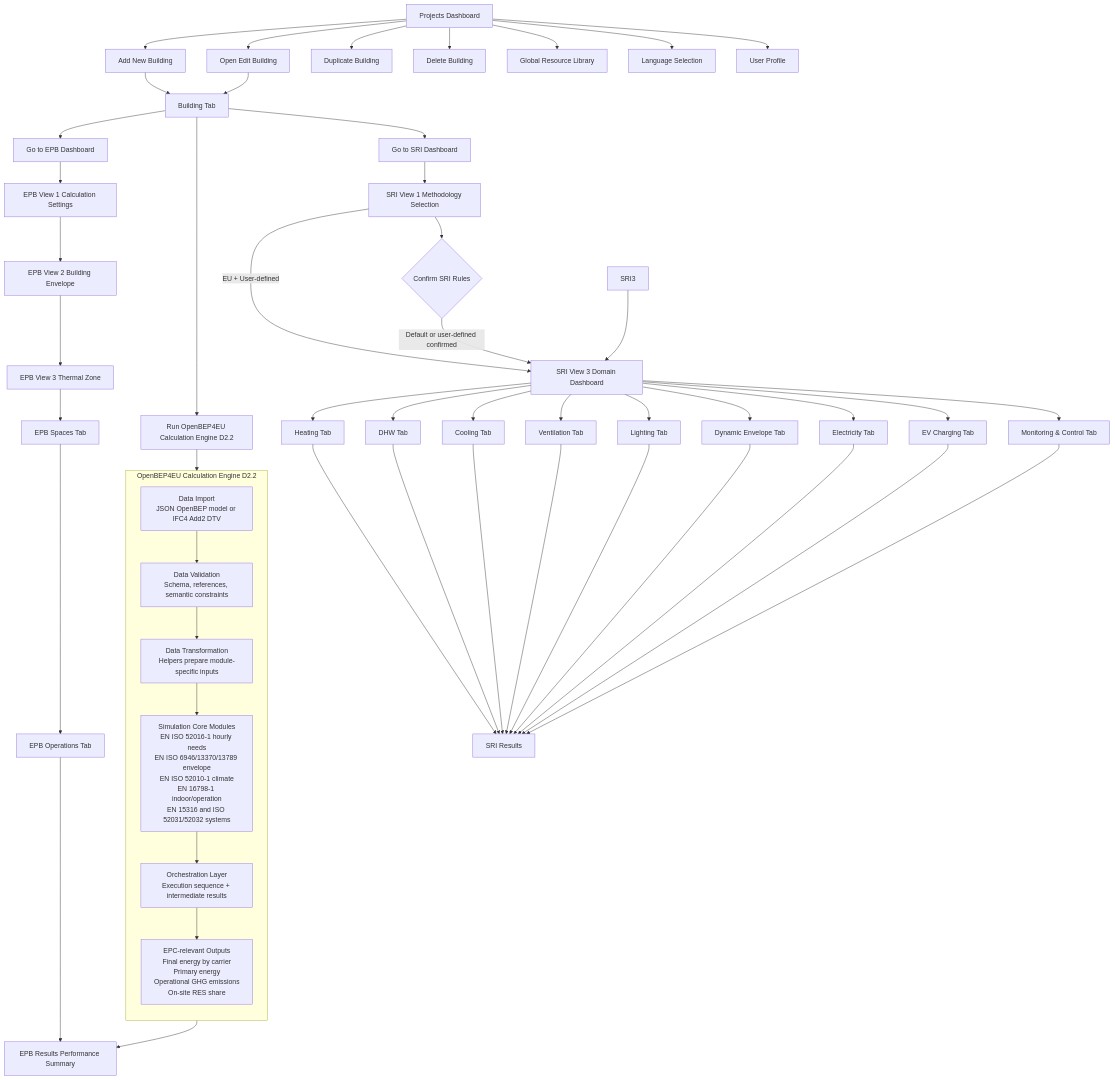
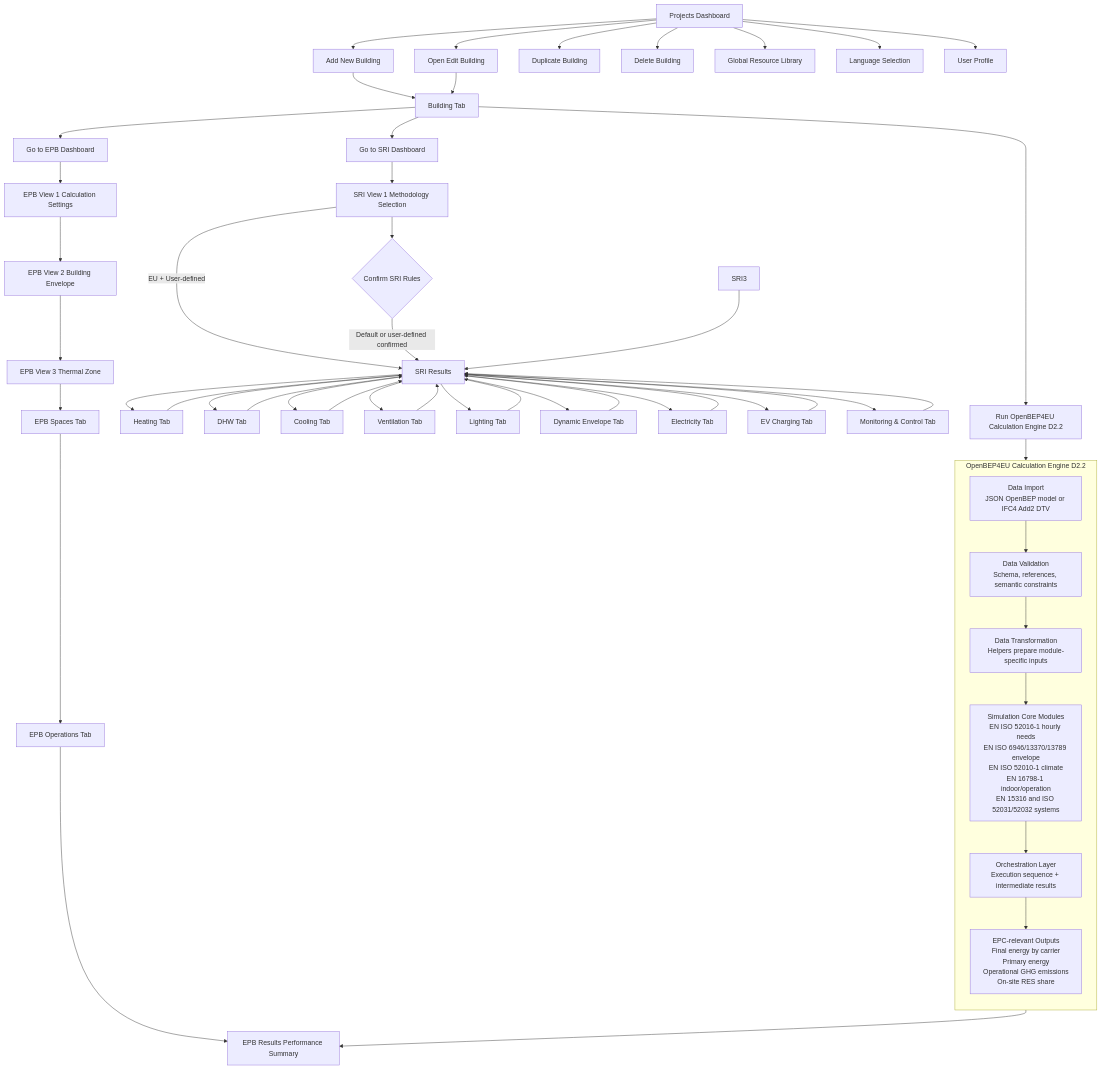
The diagram in plan.mmd (pantazis/-building-performance-app), drawn with Mermaid before and after one commit. The commit also changed 23 other files, not shown here.

```diff
--- a/plan.mmd
+++ b/plan.mmd
@@ -1,64 +1,64 @@
 flowchart TD
 
 A[Projects Dashboard] --> B[Add New Building]
 A --> C[Open Edit Building]
 A --> D[Duplicate Building]
 A --> E[Delete Building]
 A --> F[Global Resource Library]
 A --> G[Language Selection]
 A --> H[User Profile]
 
 B --> I[Building Tab]
 C --> I
 
 I --> J[Go to EPB Dashboard]
 I --> K[Go to SRI Dashboard]
 
 J --> EPB1[EPB View 1 Calculation Settings]
 EPB1 --> EPB2[EPB View 2 Building Envelope]
 EPB2 --> EPB3[EPB View 3 Thermal Zone]
 EPB3 --> EPBSPACES[EPB Spaces Tab]
 EPBSPACES --> EPBOPS[EPB Operations Tab]
 EPBOPS --> EPB4[EPB Results Performance Summary]
 
 K --> SRI1[SRI View 1 Methodology Selection]
 SRI1 --> SRI2{Confirm SRI Rules}
-SRI1 -->|EU + User-defined| SRI4[SRI View 3 Domain Dashboard]
-SRI2 -->|Default or user-defined confirmed| SRI4[SRI View 3 Domain Dashboard]
-SRI3 --> SRI4
+SRI1 -->|EU + User-defined| SRI14[SRI14 Results]
+SRI2 -->|Default or user-defined confirmed| SRI14[SRI14 Results]
+SRI3 --> SRI14
 
-SRI4 --> SRI5[Heating Tab]
-SRI4 --> SRI6[DHW Tab]
-SRI4 --> SRI7[Cooling Tab]
-SRI4 --> SRI8[Ventilation Tab]
-SRI4 --> SRI9[Lighting Tab]
-SRI4 --> SRI10[Dynamic Envelope Tab]
-SRI4 --> SRI11[Electricity Tab]
-SRI4 --> SRI12[EV Charging Tab]
-SRI4 --> SRI13[Monitoring & Control Tab]
+SRI14 --> SRI5[Heating Tab]
+SRI14 --> SRI6[DHW Tab]
+SRI14 --> SRI7[Cooling Tab]
+SRI14 --> SRI8[Ventilation Tab]
+SRI14 --> SRI9[Lighting Tab]
+SRI14 --> SRI10[Dynamic Envelope Tab]
+SRI14 --> SRI11[Electricity Tab]
+SRI14 --> SRI12[EV Charging Tab]
+SRI14 --> SRI13[Monitoring & Control Tab]
 
 SRI5 --> SRI14[SRI Results]
 SRI6 --> SRI14[SRI Results]
 SRI7 --> SRI14[SRI Results]
 SRI8 --> SRI14[SRI Results]
 SRI9 --> SRI14[SRI Results]
 SRI10 --> SRI14[SRI Results]
 SRI11 --> SRI14[SRI Results]
 SRI12 --> SRI14[SRI Results]
 SRI13 --> SRI14[SRI Results]
 
 %% D2.2 Advanced EU Kernel EPC Engine integration
 I --> CE0[Run OpenBEP4EU Calculation Engine D2.2]
 
 subgraph CE[OpenBEP4EU Calculation Engine D2.2]
 direction TB
 CE1[Data Import\nJSON OpenBEP model or IFC4 Add2 DTV]
 CE2[Data Validation\nSchema, references, semantic constraints]
 CE3[Data Transformation\nHelpers prepare module-specific inputs]
 CE4[Simulation Core Modules\nEN ISO 52016-1 hourly needs\nEN ISO 6946/13370/13789 envelope\nEN ISO 52010-1 climate\nEN 16798-1 indoor/operation\nEN 15316 and ISO 52031/52032 systems]
 CE5[Orchestration Layer\nExecution sequence + intermediate results]
 CE6[EPC-relevant Outputs\nFinal energy by carrier\nPrimary energy\nOperational GHG emissions\nOn-site RES share]
 end
 
 CE0 --> CE1 --> CE2 --> CE3 --> CE4 --> CE5 --> CE6
 CE6 --> EPB4
```
